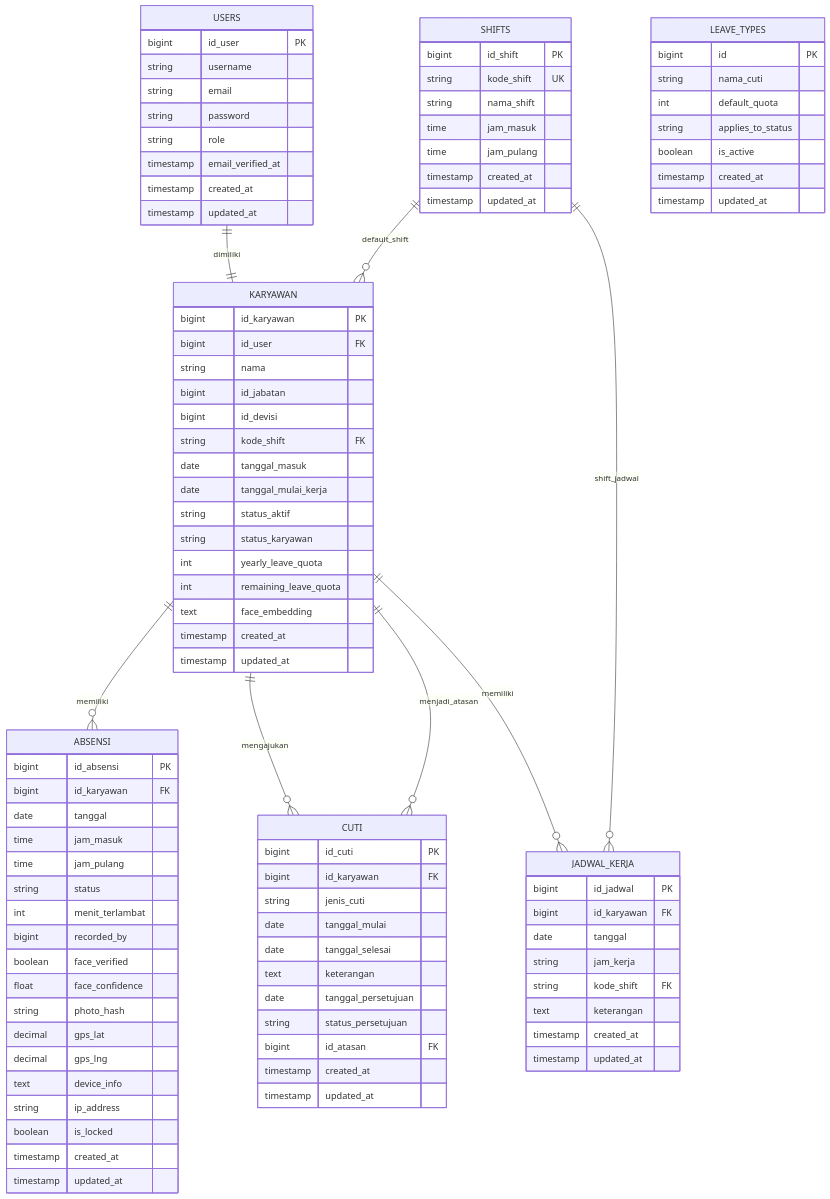
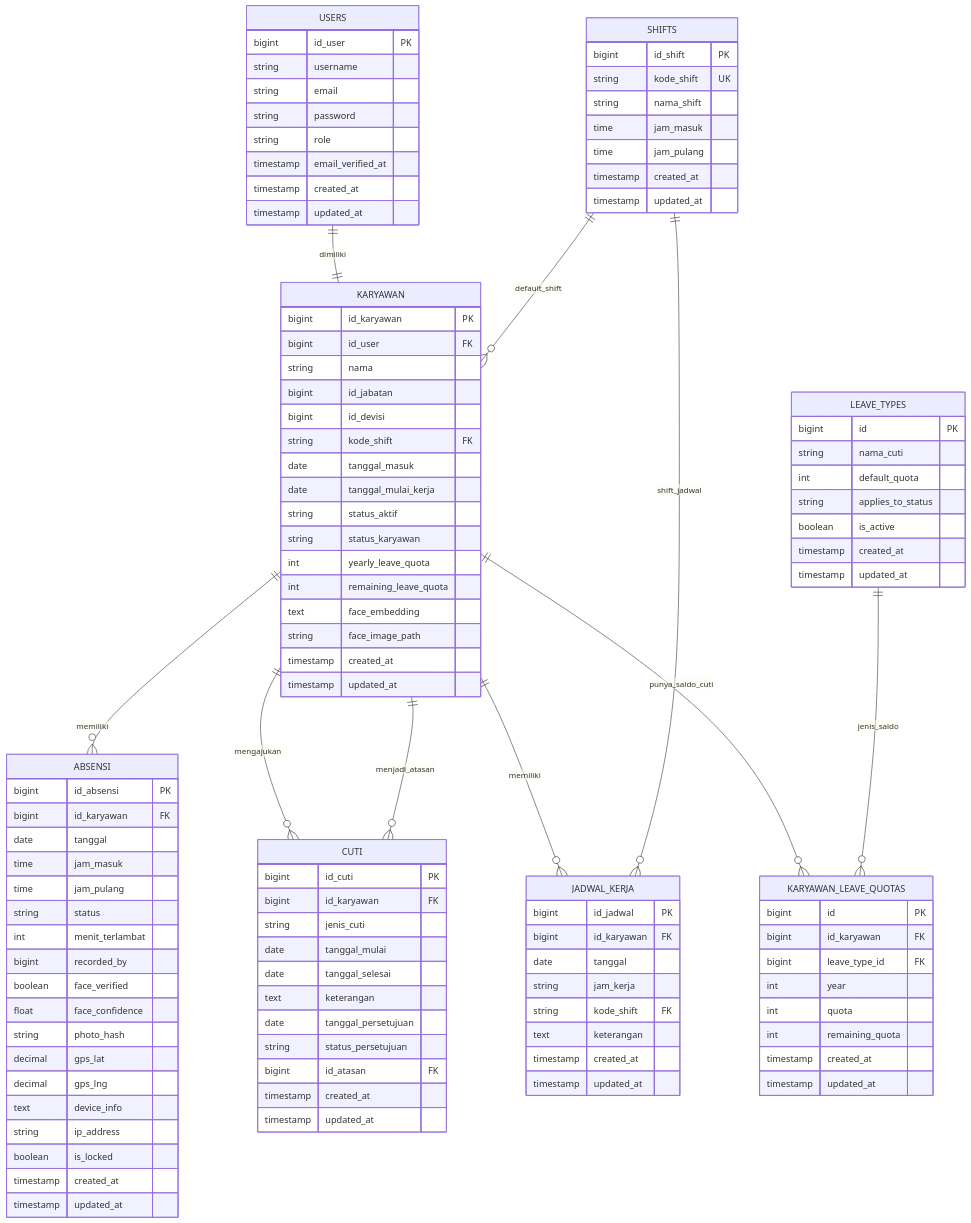
One commit to ForgeByte-id/hris-laravel-py changed the diagram in docs/erd-current.md. Above: the diagram before and after it, drawn with Mermaid. The commit also changed 44 other files, not shown here.

First line of the commit message:
feat: add new employee fields and improve face image handling

````diff
--- a/docs/erd-current.md
+++ b/docs/erd-current.md
@@ -11,6 +11,8 @@
     KARYAWAN ||--o{ CUTI : mengajukan
     KARYAWAN ||--o{ JADWAL_KERJA : memiliki
     KARYAWAN ||--o{ CUTI : menjadi_atasan
+    KARYAWAN ||--o{ KARYAWAN_LEAVE_QUOTAS : punya_saldo_cuti
+    LEAVE_TYPES ||--o{ KARYAWAN_LEAVE_QUOTAS : jenis_saldo
     SHIFTS ||--o{ KARYAWAN : default_shift
     SHIFTS ||--o{ JADWAL_KERJA : shift_jadwal
 
@@ -39,6 +41,7 @@
         int yearly_leave_quota
         int remaining_leave_quota
         text face_embedding
+        string face_image_path
         timestamp created_at
         timestamp updated_at
     }
@@ -108,4 +111,15 @@
         timestamp created_at
         timestamp updated_at
     }
+
+    KARYAWAN_LEAVE_QUOTAS {
+        bigint id PK
+        bigint id_karyawan FK
+        bigint leave_type_id FK
+        int year
+        int quota
+        int remaining_quota
+        timestamp created_at
+        timestamp updated_at
+    }
 ```
````
